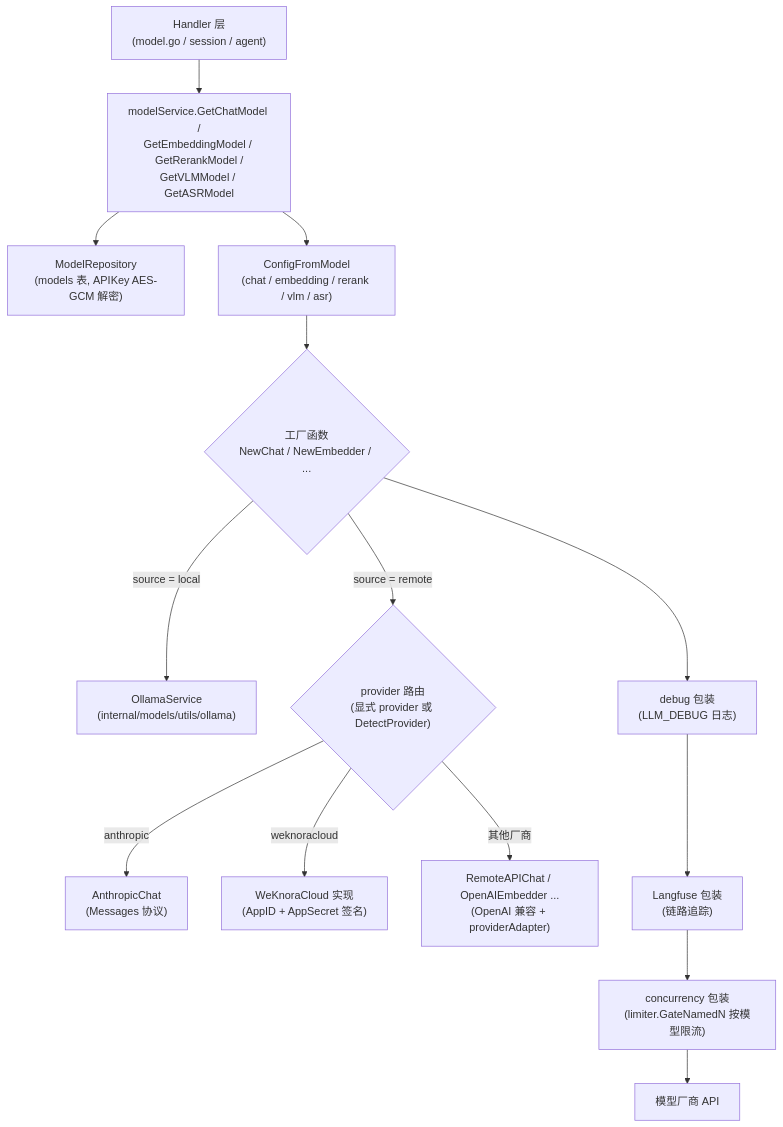
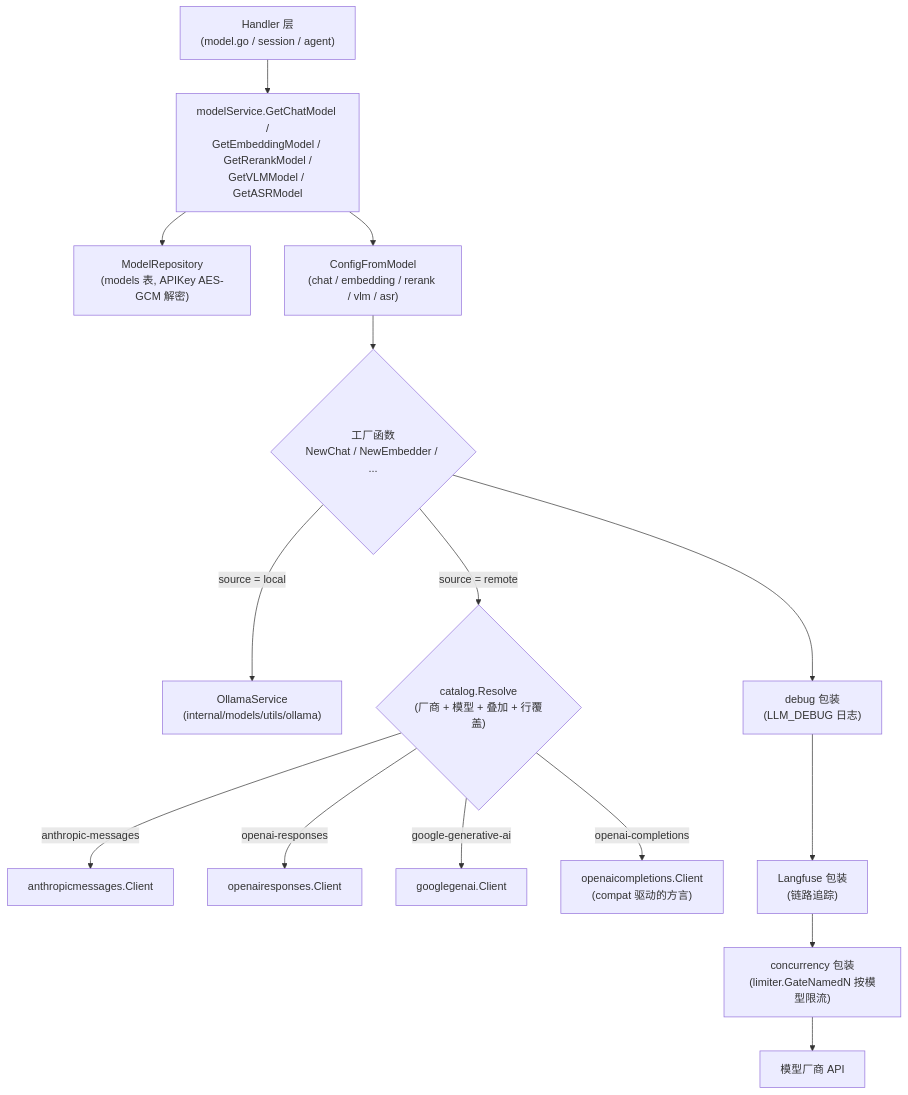
One commit to michadel/WeKnora changed the diagram in website-docs/03-features/06-models.md. Above: the diagram before and after it, drawn with Mermaid. The commit also changed other lines of this file and 274 other files, not shown here.

````diff
--- a/website-docs/03-features/06-models.md
+++ b/website-docs/03-features/06-models.md
@@ -253,16 +273,17 @@
 ```mermaid
 flowchart TD
     H["Handler 层<br/>(model.go / session / agent)"] --> S["modelService.GetChatModel /<br/>GetEmbeddingModel / GetRerankModel /<br/>GetVLMModel / GetASRModel"]
     S --> R["ModelRepository<br/>(models 表, APIKey AES-GCM 解密)"]
     S --> CF["ConfigFromModel<br/>(chat / embedding / rerank / vlm / asr)"]
     CF --> F{"工厂函数<br/>NewChat / NewEmbedder / ..."}
     F -->|"source = local"| OL["OllamaService<br/>(internal/models/utils/ollama)"]
-    F -->|"source = remote"| PD{"provider 路由<br/>(显式 provider 或 DetectProvider)"}
-    PD -->|"anthropic"| AN["AnthropicChat<br/>(Messages 协议)"]
-    PD -->|"weknoracloud"| WC["WeKnoraCloud 实现<br/>(AppID + AppSecret 签名)"]
-    PD -->|"其他厂商"| OA["RemoteAPIChat / OpenAIEmbedder ...<br/>(OpenAI 兼容 + providerAdapter)"]
+    F -->|"source = remote"| PD{"catalog.Resolve<br/>(厂商 + 模型 + 叠加 + 行覆盖)"}
+    PD -->|"anthropic-messages"| AN["anthropicmessages.Client"]
+    PD -->|"openai-responses"| RS["openairesponses.Client"]
+    PD -->|"google-generative-ai"| GG["googlegenai.Client"]
+    PD -->|"openai-completions"| OA["openaicompletions.Client<br/>(compat 驱动的方言)"]
     F --> W1["debug 包装<br/>(LLM_DEBUG 日志)"]
     W1 --> W2["Langfuse 包装<br/>(链路追踪)"]
     W2 --> W3["concurrency 包装<br/>(limiter.GateNamedN 按模型限流)"]
     W3 --> P["模型厂商 API"]
 ```
````
